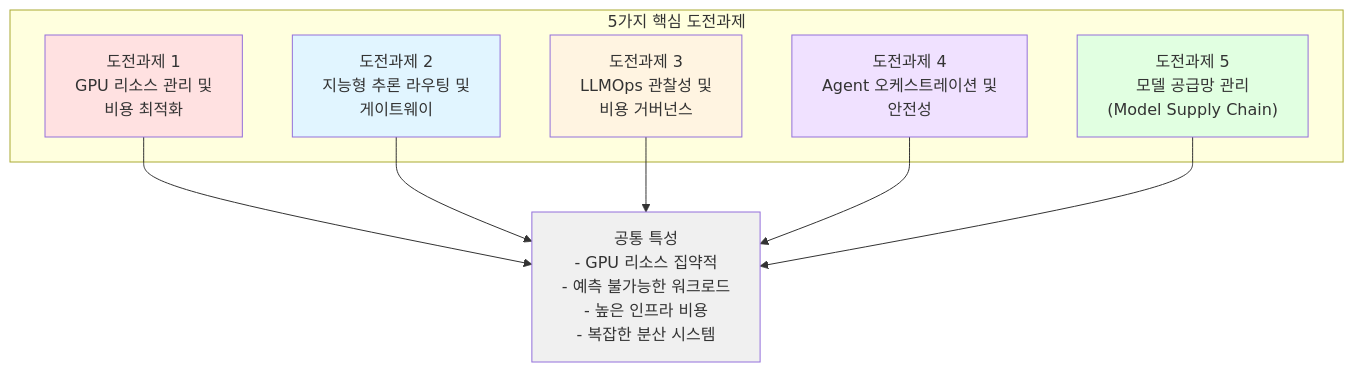
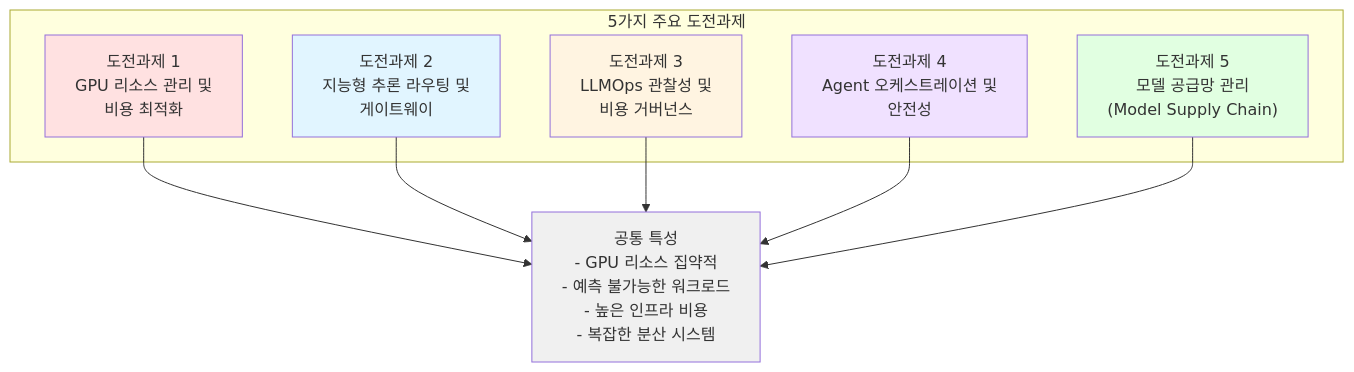
The first of 4 diagrams in docs/agentic-ai-platform/design-architecture/foundations/agentic-ai-challenges.md (devfloor9/engineering-playbook), drawn with Mermaid before and after one commit. The commit also changed other lines of this file, not shown here.

Commit message:
docs(agentic-ai-platform/design-architecture): agentic-ai-challenges casing + prose (refs #115 #116)

````diff
--- a/docs/agentic-ai-platform/design-architecture/foundations/agentic-ai-challenges.md
+++ b/docs/agentic-ai-platform/design-architecture/foundations/agentic-ai-challenges.md
@@ -91,25 +91,25 @@
 ```mermaid
 flowchart TD
-    subgraph Challenges["5가지 핵심 도전과제"]
+    subgraph Challenges["5가지 주요 도전과제"]
         C1["도전과제 1<br/>GPU 리소스 관리 및<br/>비용 최적화"]
         C2["도전과제 2<br/>지능형 추론 라우팅 및<br/>게이트웨이"]
         C3["도전과제 3<br/>LLMOps 관찰성 및<br/>비용 거버넌스"]
         C4["도전과제 4<br/>Agent 오케스트레이션 및<br/>안전성"]
         C5["도전과제 5<br/>모델 공급망 관리<br/>(Model Supply Chain)"]
     end
 
     COMMON["공통 특성<br/>- GPU 리소스 집약적<br/>- 예측 불가능한 워크로드<br/>- 높은 인프라 비용<br/>- 복잡한 분산 시스템"]
 
     C1 --> COMMON
     C2 --> COMMON
     C3 --> COMMON
     C4 --> COMMON
     C5 --> COMMON
 
     style C1 fill:#ffe1e1
     style C2 fill:#e1f5ff
     style C3 fill:#fff4e1
     style C4 fill:#f0e1ff
     style C5 fill:#e1ffe1
     style COMMON fill:#f0f0f0
 ```
````
